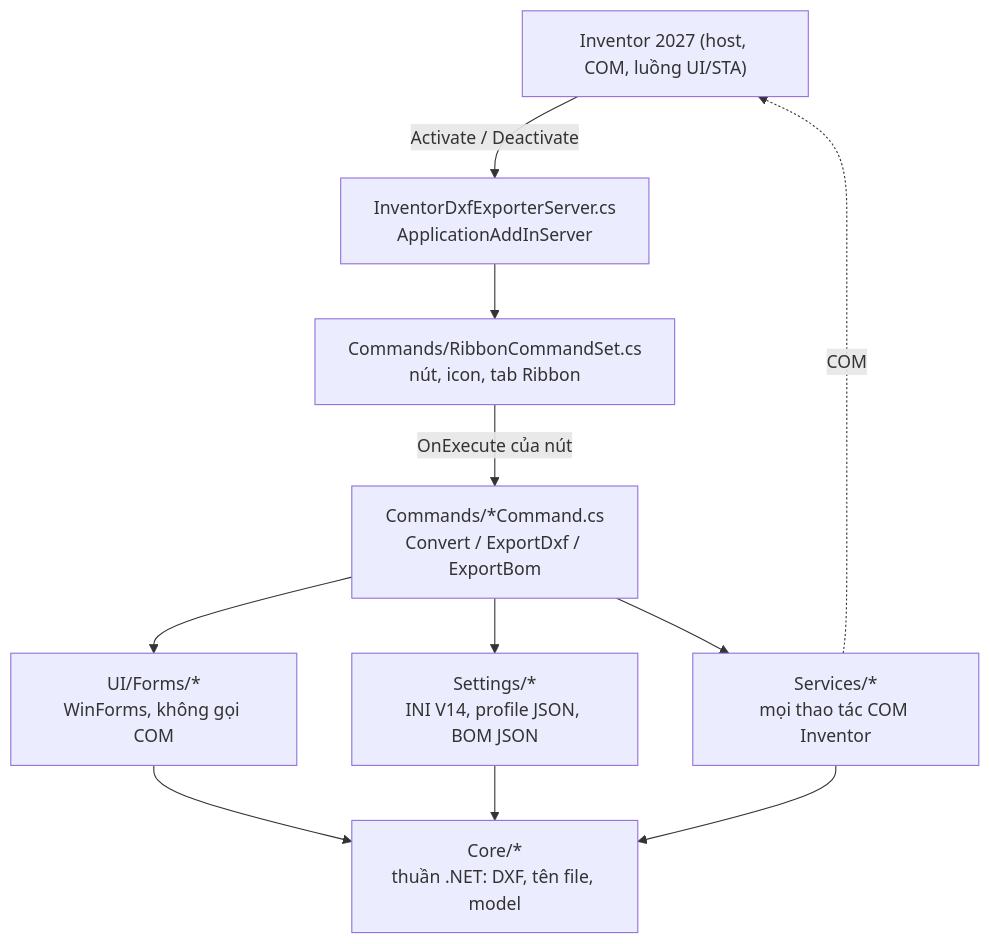
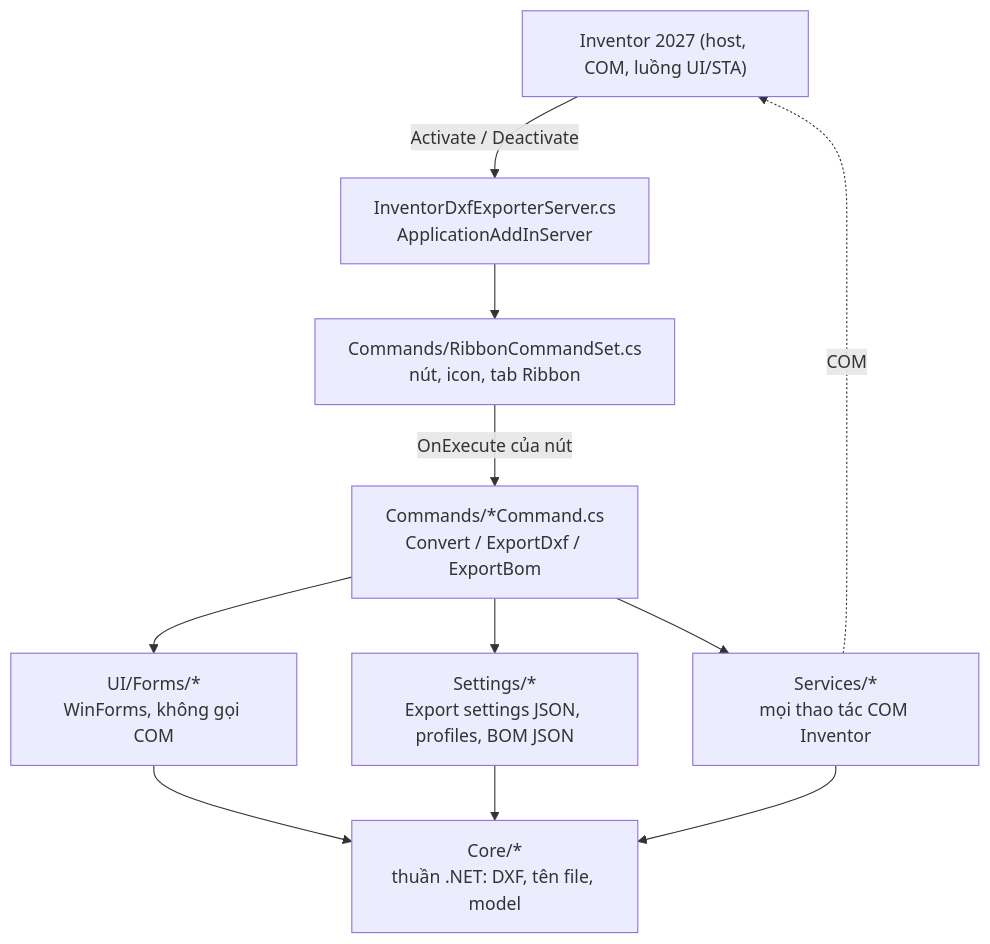
Before and after one commit to PiDiDii/DXF-Exporter-Pro: the first of 8 diagrams in ARCHITECTURE.md, drawn with Mermaid. The commit also changed other lines of this file and 51 other files, not shown here.

````diff
--- a/ARCHITECTURE.md
+++ b/ARCHITECTURE.md
@@ -17,22 +17,22 @@
 ```mermaid
 flowchart TD
     INV["Inventor 2027 (host, COM, luồng UI/STA)"]
     SRV["InventorDxfExporterServer.cs<br/>ApplicationAddInServer"]
     RIB["Commands/RibbonCommandSet.cs<br/>nút, icon, tab Ribbon"]
     CMD["Commands/*Command.cs<br/>Convert / ExportDxf / ExportBom"]
     UI["UI/Forms/*<br/>WinForms, không gọi COM"]
     SVC["Services/*<br/>mọi thao tác COM Inventor"]
     CORE["Core/*<br/>thuần .NET: DXF, tên file, model"]
-    SET["Settings/*<br/>INI V14, profile JSON, BOM JSON"]
+    SET["Settings/*<br/>Export settings JSON, profiles, BOM JSON"]
 
     INV -->|"Activate / Deactivate"| SRV
     SRV --> RIB
     RIB -->|"OnExecute của nút"| CMD
     CMD --> UI
     CMD --> SET
     CMD --> SVC
     SVC --> CORE
     UI --> CORE
     SET --> CORE
     SVC -.->|"COM"| INV
 ```
````
